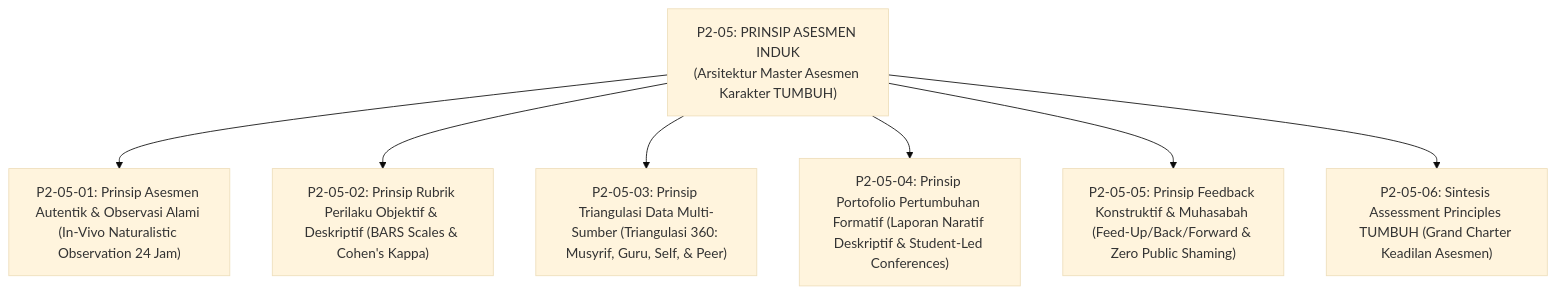
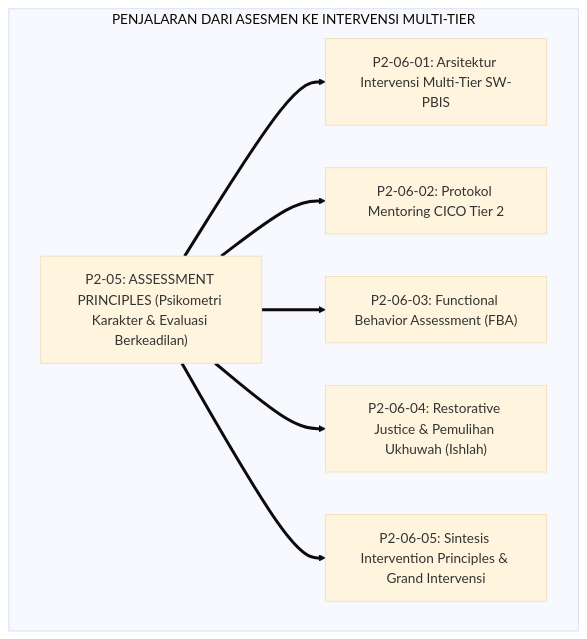
Before and after one commit to wandiapriliyandi/tumbuh: the third of 3 diagrams in 02 Principles/05 Assessment Principles/P2-05-Prinsip-Asesmen-Karakter-TUMBUH.md, drawn with Mermaid (base theme). The commit also changed other lines of this file and 6 other files, not shown here.

Commit message:
docs(principles): reconstruct all 05 Assessment Principles monographs to pure academic standard

````diff
--- a/02 Principles/05 Assessment Principles/P2-05-Prinsip-Asesmen-Karakter-TUMBUH.md
+++ b/02 Principles/05 Assessment Principles/P2-05-Prinsip-Asesmen-Karakter-TUMBUH.md
@@ -67,11 +166,12 @@
 ```mermaid
-graph TD
-    Master["P2-05: PRINSIP ASESMEN INDUK<br/>(Arsitektur Master Asesmen Karakter TUMBUH)"]
-    
-    Master --> M1["P2-05-01: Prinsip Asesmen Autentik & Observasi Alami (In-Vivo Naturalistic Observation 24 Jam)"]
-    Master --> M2["P2-05-02: Prinsip Rubrik Perilaku Objektif & Deskriptif (BARS Scales & Cohen's Kappa)"]
-    Master --> M3["P2-05-03: Prinsip Triangulasi Data Multi-Sumber (Triangulasi 360: Musyrif, Guru, Self, & Peer)"]
-    Master --> M4["P2-05-04: Prinsip Portofolio Pertumbuhan Formatif (Laporan Naratif Deskriptif & Student-Led Conferences)"]
-    Master --> M5["P2-05-05: Prinsip Feedback Konstruktif & Muhasabah (Feed-Up/Back/Forward & Zero Public Shaming)"]
-    Master --> M6["P2-05-06: Sintesis Assessment Principles TUMBUH (Grand Charter Keadilan Asesmen)"]
+flowchart TD
+    subgraph PenjalaranAssessmentKeIntervention["PENJALARAN DARI ASESMEN KE INTERVENSI MULTI-TIER"]
+        AssessMaster["P2-05: ASSESSMENT PRINCIPLES (Psikometri Karakter & Evaluasi Berkeadilan)"]
+        
+        AssessMaster ==> P2_06_01["P2-06-01: Arsitektur Intervensi Multi-Tier SW-PBIS"]
+        AssessMaster ==> P2_06_02["P2-06-02: Protokol Mentoring CICO Tier 2"]
+        AssessMaster ==> P2_06_03["P2-06-03: Functional Behavior Assessment (FBA)"]
+        AssessMaster ==> P2_06_04["P2-06-04: Restorative Justice & Pemulihan Ukhuwah (Ishlah)"]
+        AssessMaster ==> P2_06_05["P2-06-05: Sintesis Intervention Principles & Grand Intervensi"]
+    end
 ```
````
